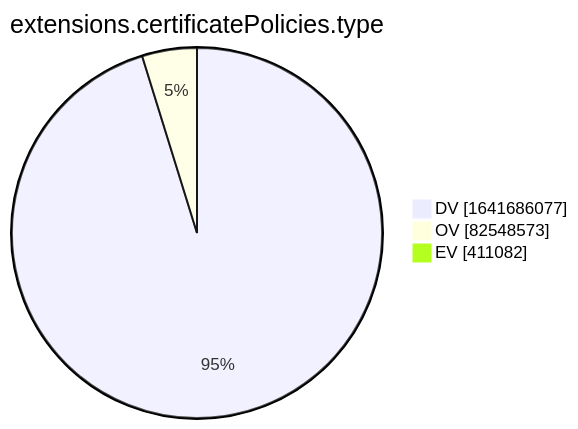
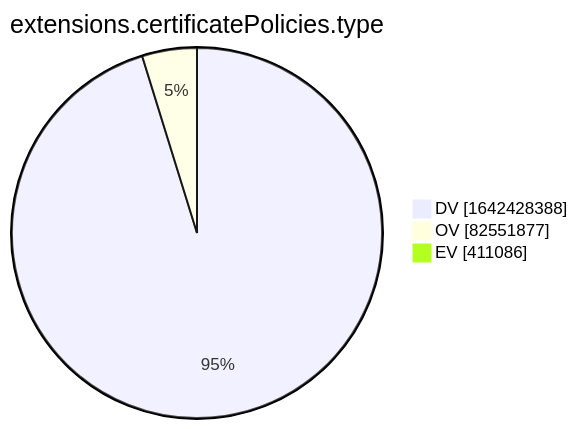
Before and after one commit to christiankrug/ctmonitor_visualization: the tenth of 15 diagrams in xenon2022/README.md, drawn with Mermaid. The commit also changed other lines of this file, not shown here.

````diff
--- a/xenon2022/README.md
+++ b/xenon2022/README.md
@@ -2879,7 +2879,7 @@
 ```mermaid
 pie showData
 title extensions.certificatePolicies.type
-"DV" :1641686077
-"OV" :82548573
-"EV" :411082
+"DV" :1642428388
+"OV" :82551877
+"EV" :411086
 ```
````
